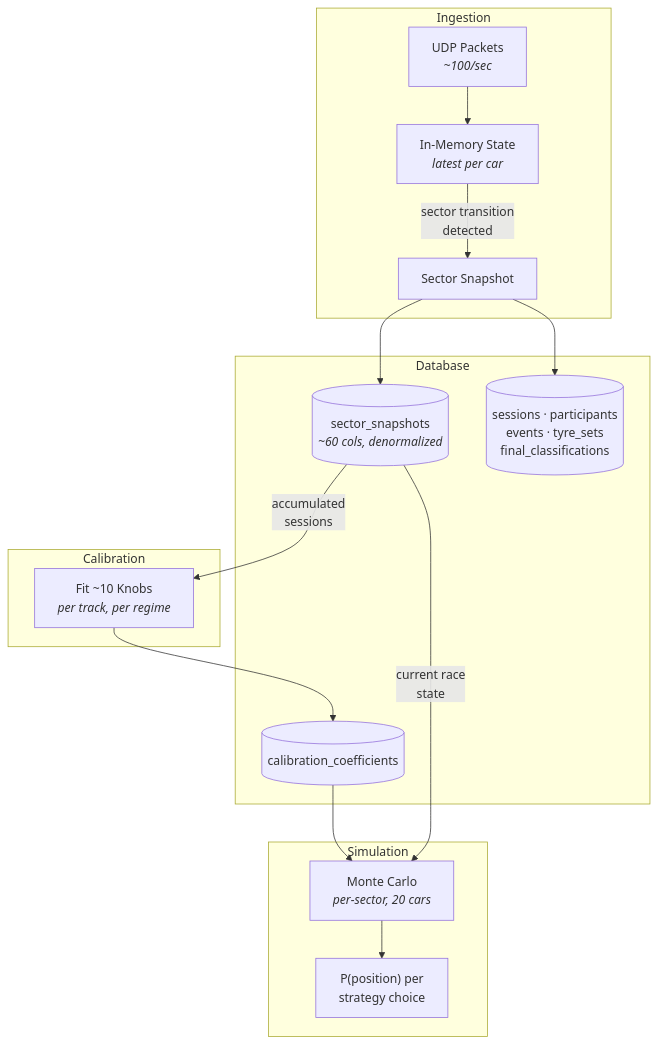
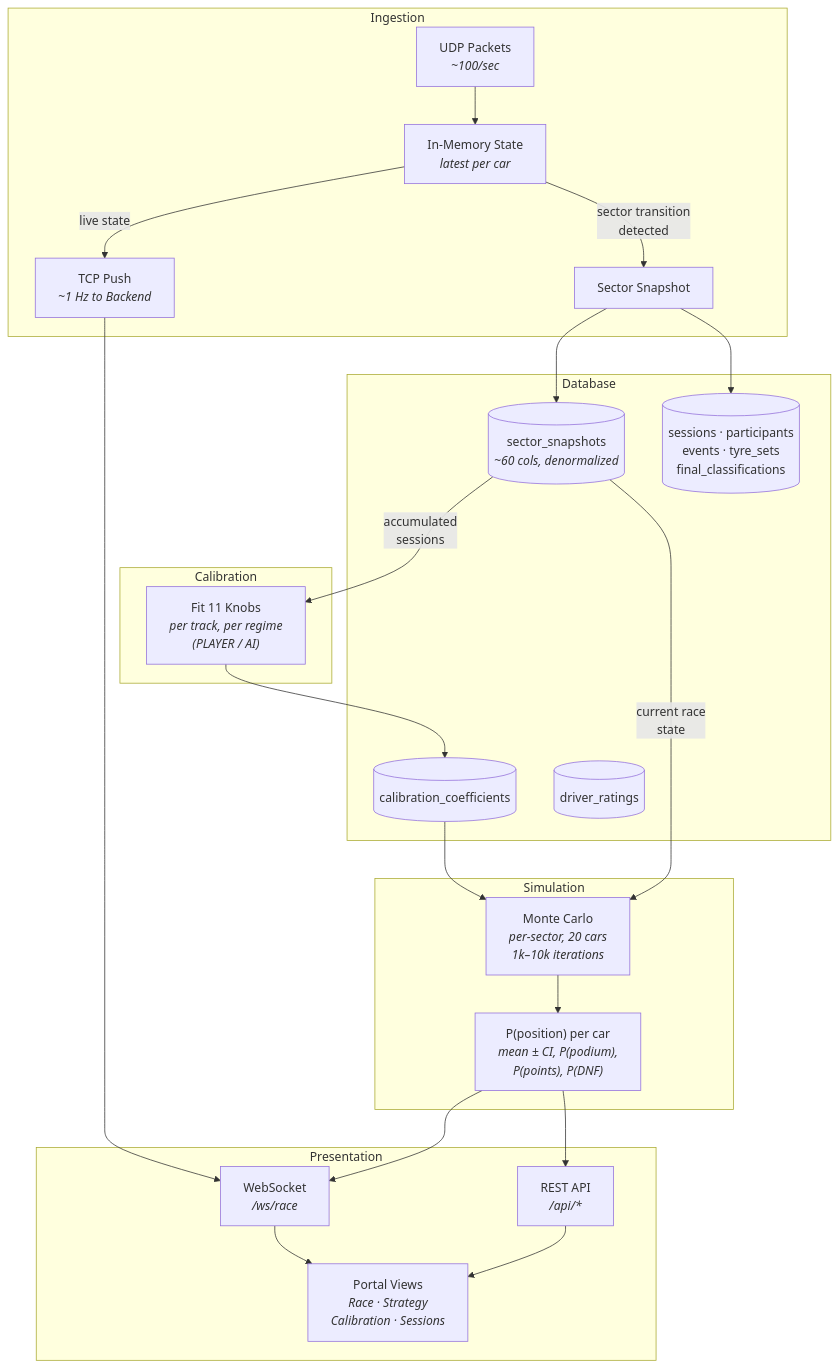
Before and after one commit to vmleon/f12025-race-strategy-simulation: the second of 2 diagrams in README.md, drawn with Mermaid. The commit also changed other lines of this file, not shown here.

````diff
--- a/README.md
+++ b/README.md
@@ -38,33 +37,47 @@
 ```mermaid
 graph TD
     subgraph Ingestion
         UDP["UDP Packets<br/><i>~100/sec</i>"]
         Mem["In-Memory State<br/><i>latest per car</i>"]
         Snap["Sector Snapshot"]
+        TCP["TCP Push<br/><i>~1 Hz to Backend</i>"]
         UDP --> Mem
         Mem -- "sector transition<br/>detected" --> Snap
+        Mem -- "live state" --> TCP
     end
 
     subgraph Database
         SS[("sector_snapshots<br/><i>~60 cols, denormalized</i>")]
         CC[("calibration_coefficients")]
+        DR[("driver_ratings")]
         Aux[("sessions · participants<br/>events · tyre_sets<br/>final_classifications")]
     end
 
     subgraph Calibration
-        Fit["Fit ~10 Knobs<br/><i>per track, per regime</i>"]
+        Fit["Fit 11 Knobs<br/><i>per track, per regime<br/>(PLAYER / AI)</i>"]
     end
 
     subgraph Simulation
-        MC["Monte Carlo<br/><i>per-sector, 20 cars</i>"]
-        Out["P(position) per<br/>strategy choice"]
+        MC["Monte Carlo<br/><i>per-sector, 20 cars<br/>1k–10k iterations</i>"]
+        Out["P(position) per car<br/><i>mean ± CI, P(podium),<br/>P(points), P(DNF)</i>"]
         MC --> Out
+    end
+
+    subgraph Presentation
+        WS["WebSocket<br/><i>/ws/race</i>"]
+        REST["REST API<br/><i>/api/*</i>"]
+        Views["Portal Views<br/><i>Race · Strategy<br/>Calibration · Sessions</i>"]
+        WS --> Views
+        REST --> Views
     end
 
     Snap --> SS
     Snap --> Aux
+    TCP --> WS
     SS -- "accumulated<br/>sessions" --> Fit
     Fit --> CC
     CC --> MC
     SS -- "current race<br/>state" --> MC
+    Out --> WS
+    Out --> REST
 ```
````
